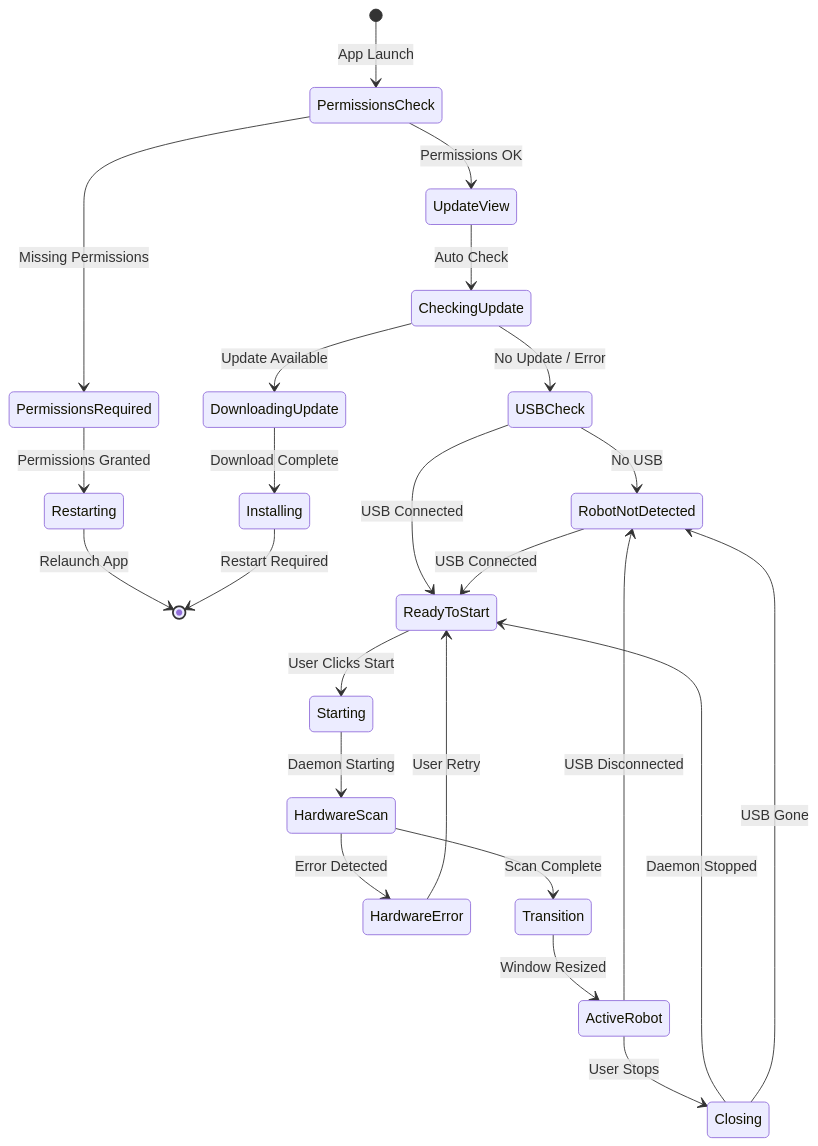
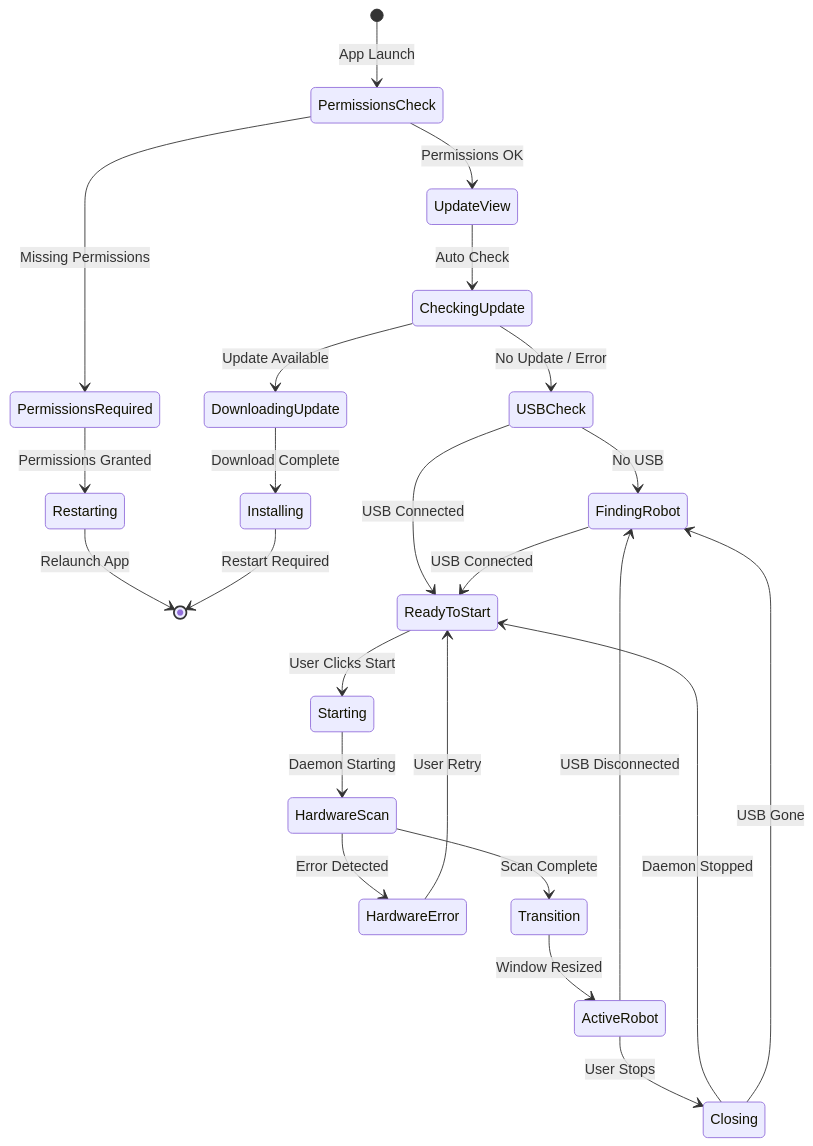
One commit to algoryn-nl/reachy-mini-desktop-app changed the second of 2 diagrams in README.md. Above: the diagram before and after it, drawn with Mermaid. The commit also changed 34 other files, not shown here.

````diff
--- a/README.md
+++ b/README.md
@@ -336,32 +336,32 @@
 ```mermaid
 stateDiagram-v2
     [*] --> PermissionsCheck: App Launch
     
     PermissionsCheck --> UpdateView: Permissions OK
     PermissionsCheck --> PermissionsRequired: Missing Permissions
     PermissionsRequired --> Restarting: Permissions Granted
     Restarting --> [*]: Relaunch App
     
     UpdateView --> CheckingUpdate: Auto Check
     CheckingUpdate --> DownloadingUpdate: Update Available
     CheckingUpdate --> USBCheck: No Update / Error
     DownloadingUpdate --> Installing: Download Complete
     Installing --> [*]: Restart Required
     
-    USBCheck --> RobotNotDetected: No USB
+    USBCheck --> FindingRobot: No USB
     USBCheck --> ReadyToStart: USB Connected
-    RobotNotDetected --> ReadyToStart: USB Connected
+    FindingRobot --> ReadyToStart: USB Connected
     
     ReadyToStart --> Starting: User Clicks Start
     Starting --> HardwareScan: Daemon Starting
     HardwareScan --> HardwareError: Error Detected
     HardwareError --> ReadyToStart: User Retry
     HardwareScan --> Transition: Scan Complete
     
     Transition --> ActiveRobot: Window Resized
     ActiveRobot --> Closing: User Stops
-    ActiveRobot --> RobotNotDetected: USB Disconnected
+    ActiveRobot --> FindingRobot: USB Disconnected
     
     Closing --> ReadyToStart: Daemon Stopped
-    Closing --> RobotNotDetected: USB Gone
+    Closing --> FindingRobot: USB Gone
 ```
````
